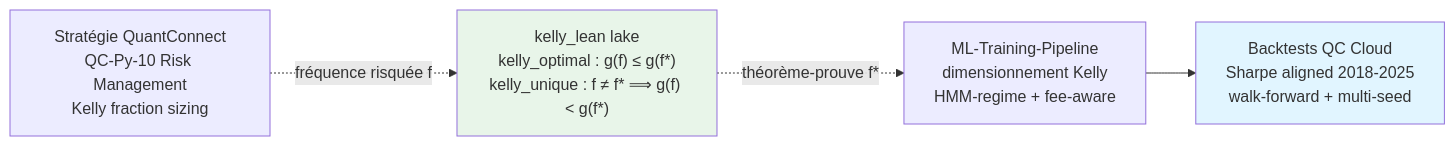
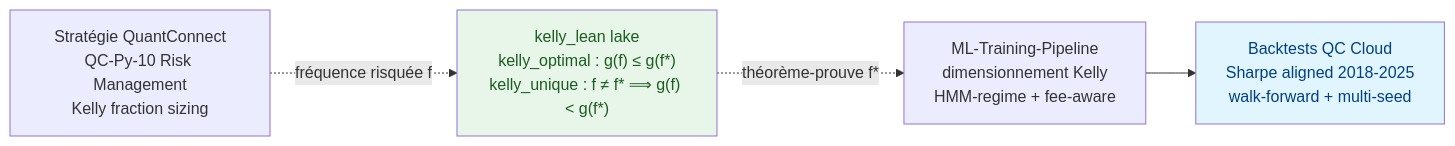
The third of 3 diagrams in MyIA.AI.Notebooks/QuantConnect/README.md (jsboige/CoursIA), drawn with Mermaid before and after one commit. The commit also changed other lines of this file and 1 other file, not shown here.

First line of the commit message:
fix(docs,#15516): color: explicite sur les regles mermaid fill: de la famille QuantConnect (2 READMEs, 17 regles)

````diff
--- a/MyIA.AI.Notebooks/QuantConnect/README.md
+++ b/MyIA.AI.Notebooks/QuantConnect/README.md
@@ -548,12 +550,13 @@
 ```mermaid
 flowchart LR
     QC["Stratégie QuantConnect<br/>QC-Py-10 Risk Management<br/>Kelly fraction sizing"]
     KELLY["kelly_lean lake<br/>kelly_optimal : g(f) ≤ g(f*)<br/>kelly_unique : f ≠ f* ⟹ g(f) < g(f*)"]
     ML["ML-Training-Pipeline<br/>dimensionnement Kelly<br/>HMM-regime + fee-aware"]
     BACKTEST["Backtests QC Cloud<br/>Sharpe aligned 2018-2025<br/>walk-forward + multi-seed"]
     QC -. "fréquence risquée f" .-> KELLY
     KELLY -. "théorème-prouve f*" .-> ML
     ML --> BACKTEST
-    style KELLY fill:#e8f5e9
-    style BACKTEST fill:#e1f5ff
+    %% color: explicite -- sans lui, libelle clair sur fond clair en mode sombre GitHub (#15022) ; ton parfois plus fonce que le stroke (le stroke en couleur de texte rendrait infer illisible) : ne pas harmoniser
+    style KELLY fill:#e8f5e9,color:#1b5e20
+    style BACKTEST fill:#e1f5ff,color:#004085
 ```
````
